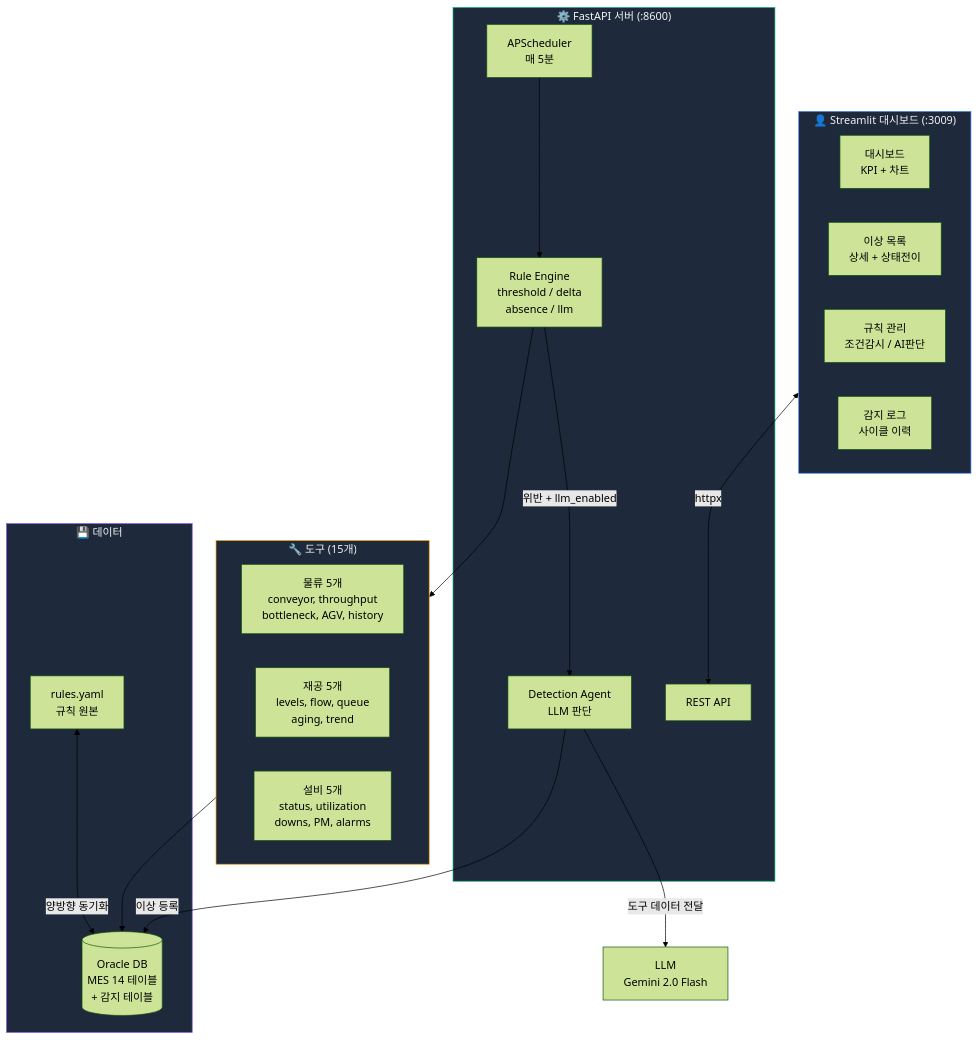
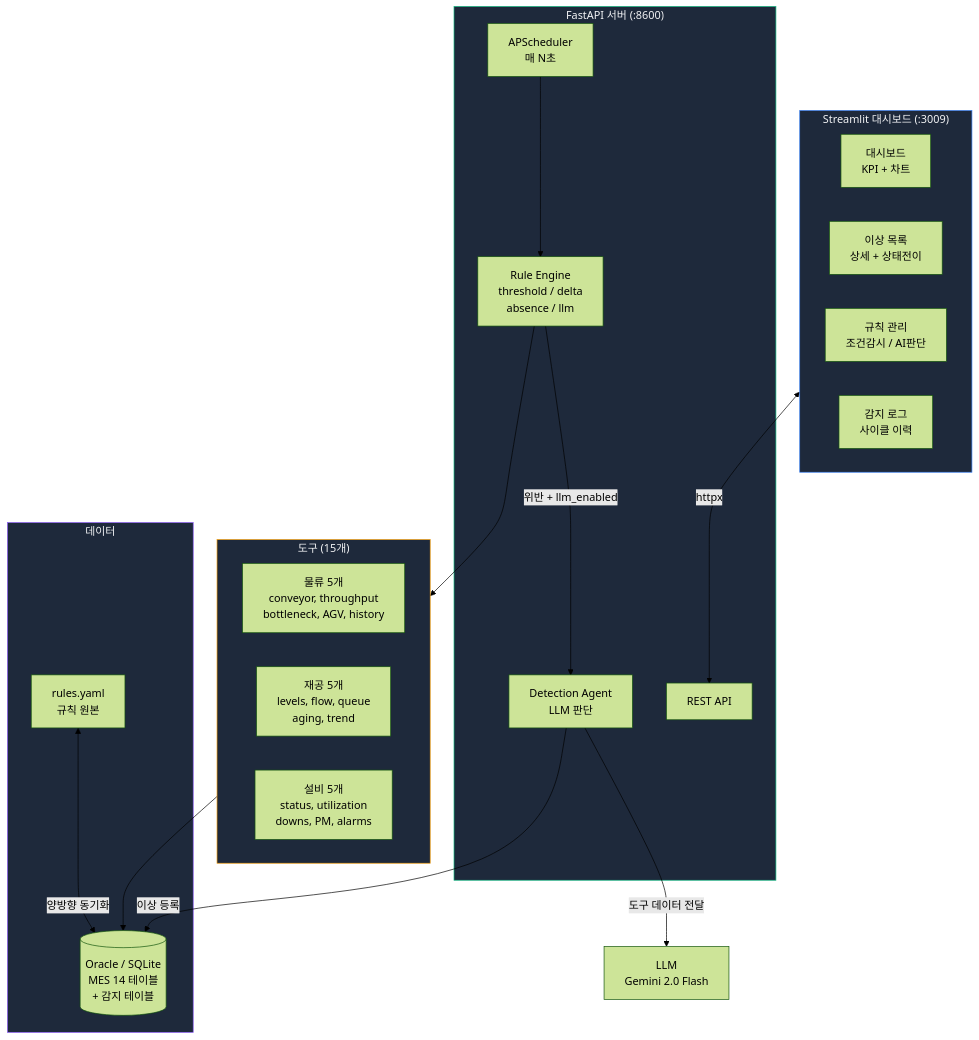
Before and after one commit to donchoru/fab-anomaly-detection: the second of 8 diagrams in README.md, drawn with Mermaid (forest theme). The commit also changed other lines of this file, not shown here.

````diff
--- a/README.md
+++ b/README.md
@@ -163,41 +200,41 @@
 ```mermaid
 graph TB
-    subgraph client["👤 Streamlit 대시보드 (:3009)"]
+    subgraph client["Streamlit 대시보드 (:3009)"]
         page1["대시보드<br/>KPI + 차트"]
         page2["이상 목록<br/>상세 + 상태전이"]
         page3["규칙 관리<br/>조건감시 / AI판단"]
         page4["감지 로그<br/>사이클 이력"]
     end
 
-    subgraph server["⚙️ FastAPI 서버 (:8600)"]
+    subgraph server["FastAPI 서버 (:8600)"]
         api["REST API"]
-        scheduler["APScheduler<br/>매 5분"]
+        scheduler["APScheduler<br/>매 N초"]
         engine["Rule Engine<br/>threshold / delta<br/>absence / llm"]
         agent["Detection Agent<br/>LLM 판단"]
     end
 
-    subgraph tools["🔧 도구 (15개)"]
+    subgraph tools["도구 (15개)"]
         logistics["물류 5개<br/>conveyor, throughput<br/>bottleneck, AGV, history"]
         wip["재공 5개<br/>levels, flow, queue<br/>aging, trend"]
         equipment["설비 5개<br/>status, utilization<br/>downs, PM, alarms"]
     end
 
-    subgraph data["💾 데이터"]
+    subgraph data["데이터"]
         yaml["rules.yaml<br/>규칙 원본"]
-        db[("Oracle DB<br/>MES 14 테이블<br/>+ 감지 테이블")]
+        db[("Oracle / SQLite<br/>MES 14 테이블<br/>+ 감지 테이블")]
     end
 
     client <-->|httpx| api
     scheduler --> engine
     engine --> tools
     engine -->|위반 + llm_enabled| agent
     agent -->|도구 데이터 전달| LLM["LLM<br/>Gemini 2.0 Flash"]
     tools --> db
     agent -->|이상 등록| db
     yaml <-->|양방향 동기화| db
 
     style client fill:#1e293b,stroke:#3b82f6,color:#f3f4f6
     style server fill:#1e293b,stroke:#10b981,color:#f3f4f6
     style tools fill:#1e293b,stroke:#f59e0b,color:#f3f4f6
     style data fill:#1e293b,stroke:#8b5cf6,color:#f3f4f6
 ```
````
